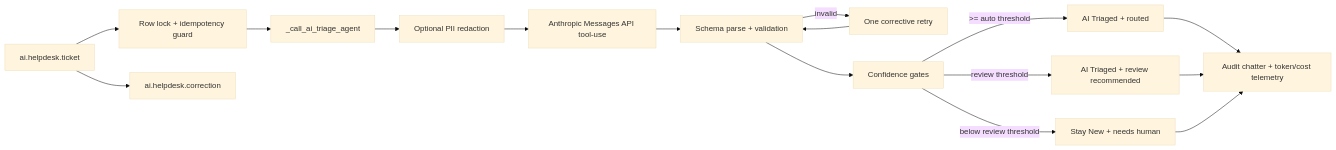
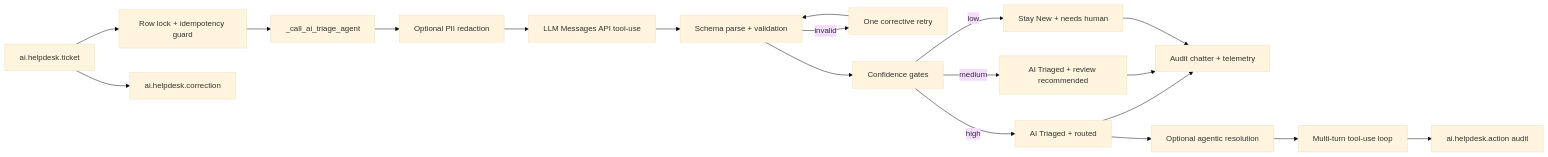
Before and after one commit to MohammadThabetHassan/odoo-ai-helpdesk-triage: the diagram in ai_helpdesk_triage/README.md, drawn with Mermaid (base theme). The commit also changed other lines of this file and 2 other files, not shown here.

First line of the commit message:
docs(readme): rework READMEs and hide provider/cost from ticket form

````diff
--- a/ai_helpdesk_triage/README.md
+++ b/ai_helpdesk_triage/README.md
@@ -16,18 +36,21 @@
 ```mermaid
 flowchart LR
     Ticket[ai.helpdesk.ticket] --> Lock[Row lock + idempotency guard]
     Lock --> Agent[_call_ai_triage_agent]
     Agent --> Redact[Optional PII redaction]
-    Redact --> Anthropic[Anthropic Messages API tool-use]
-    Anthropic --> Validate[Schema parse + validation]
+    Redact --> LLM[LLM Messages API tool-use]
+    LLM --> Validate[Schema parse + validation]
     Validate -->|invalid| Retry[One corrective retry]
     Retry --> Validate
     Validate --> Gate[Confidence gates]
-    Gate -->|>= auto threshold| Triaged[AI Triaged + routed]
-    Gate -->|review threshold| Review[AI Triaged + review recommended]
-    Gate -->|below review threshold| Human[Stay New + needs human]
-    Triaged --> Chatter[Audit chatter + token/cost telemetry]
+    Gate -->|high| Triaged[AI Triaged + routed]
+    Gate -->|medium| Review[AI Triaged + review recommended]
+    Gate -->|low| Human[Stay New + needs human]
+    Triaged --> Chatter[Audit chatter + telemetry]
     Review --> Chatter
     Human --> Chatter
     Ticket --> Corrections[ai.helpdesk.correction]
+    Triaged --> Resolve[Optional agentic resolution]
+    Resolve --> Loop[Multi-turn tool-use loop]
+    Loop --> Actions[ai.helpdesk.action audit]
 ```
````
